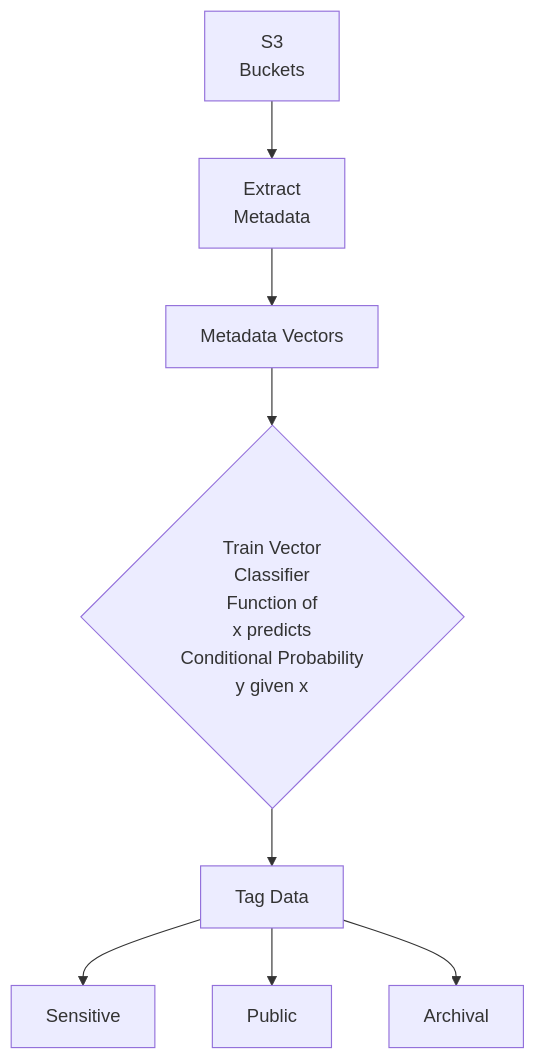
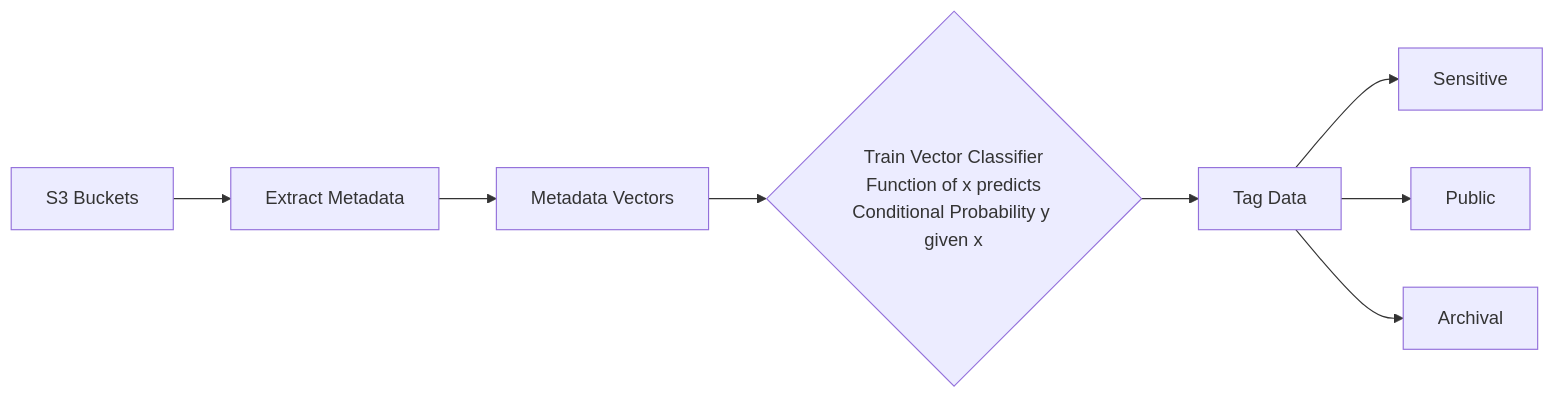
One commit to mgorav/Vectors changed the third of 3 diagrams in readme.md. Above: the diagram before and after it, drawn with Mermaid. The commit also changed 1 other file, not shown here.

````diff
--- a/readme.md
+++ b/readme.md
@@ -157,15 +157,16 @@
 ```mermaid
-flowchart TD
-  A[S3 \n Buckets] --> B[Extract \n Metadata]
+flowchart LR
+  A[S3 Buckets] --> B[Extract Metadata]
   B --> C[Metadata Vectors]
 
-  C --> D{Train Vector \n Classifier\nFunction of \n x predicts\nConditional Probability \n y given x}
+  C --> D{Train Vector Classifier\nFunction of x predicts\nConditional Probability y given x}
 
   D --> E[Tag Data]
 
   E --> F[Sensitive]
   E --> G[Public]
   E --> H[Archival]
 
 
+
 ```
````
